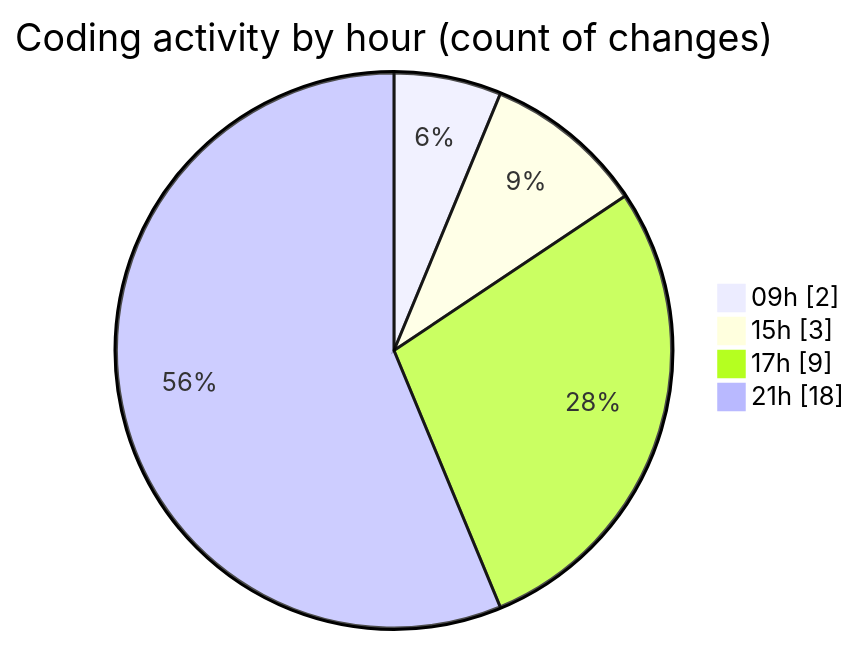
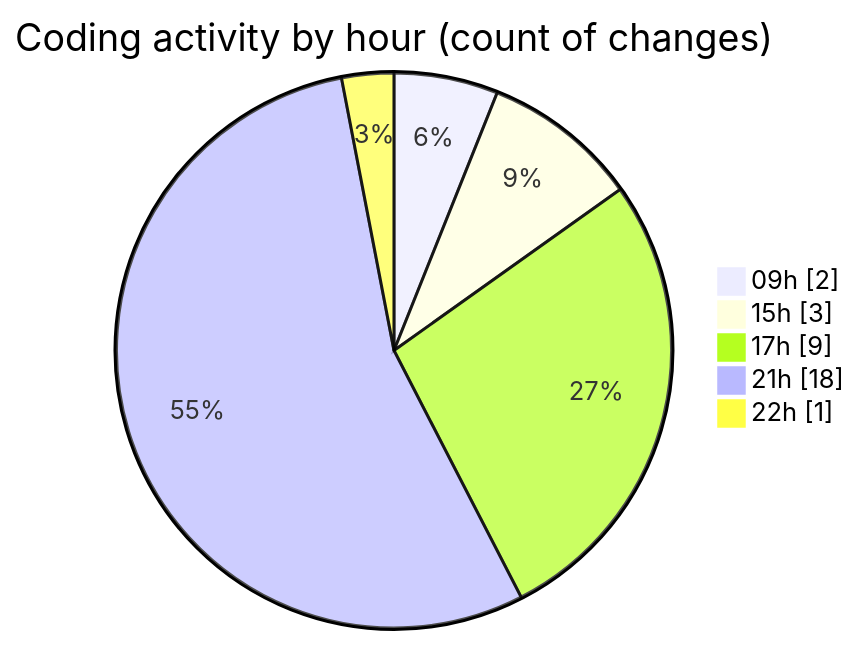
Before and after one commit to julien-gomy/code-tracking: the second of 2 diagrams in 2025-10-20/eventscop-frontend-guide__workspace_/README.md, drawn with Mermaid. The commit also changed other lines of this file and 1 other file, not shown here.

````diff
--- a/2025-10-20/eventscop-frontend-guide__workspace_/README.md
+++ b/2025-10-20/eventscop-frontend-guide__workspace_/README.md
@@ -40,8 +41,9 @@
 ```mermaid
 pie showData
 title Coding activity by hour (count of changes)
 "09h" : 2
 "15h" : 3
 "17h" : 9
 "21h" : 18
+"22h" : 1
 ```
````
